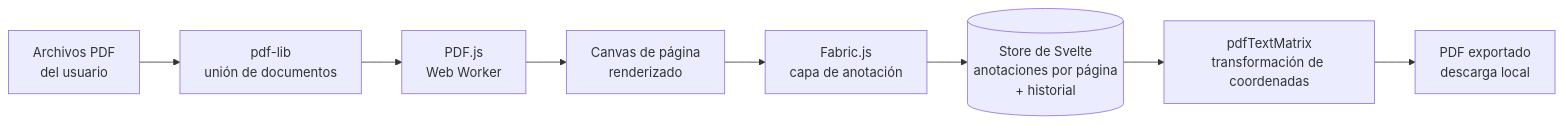
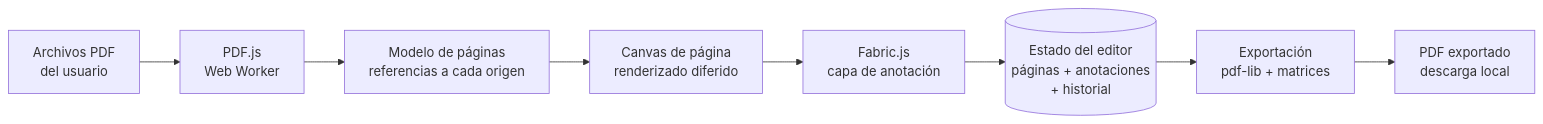
The diagram in README.md (juanitomanoplateada/ytaPDF), drawn with Mermaid before and after one commit. The commit also changed other lines of this file and 38 other files, not shown here.

````diff
--- a/README.md
+++ b/README.md
@@ -103,10 +136,10 @@
 ```mermaid
 flowchart LR
-    IN["Archivos PDF<br/>del usuario"] --> LIB["pdf-lib<br/>unión de documentos"]
-    LIB --> JS["PDF.js<br/>Web Worker"]
-    JS --> CV["Canvas de página<br/>renderizado"]
+    IN["Archivos PDF<br/>del usuario"] --> JS["PDF.js<br/>Web Worker"]
+    JS --> REF["Modelo de páginas<br/>referencias a cada origen"]
+    REF --> CV["Canvas de página<br/>renderizado diferido"]
     CV --> FAB["Fabric.js<br/>capa de anotación"]
-    FAB --> ST[("Store de Svelte<br/>anotaciones por página<br/>+ historial")]
-    ST --> EXP["pdfTextMatrix<br/>transformación de coordenadas"]
+    FAB --> ST[("Estado del editor<br/>páginas + anotaciones<br/>+ historial")]
+    ST --> EXP["Exportación<br/>pdf-lib + matrices"]
     EXP --> OUT["PDF exportado<br/>descarga local"]
 ```
````
